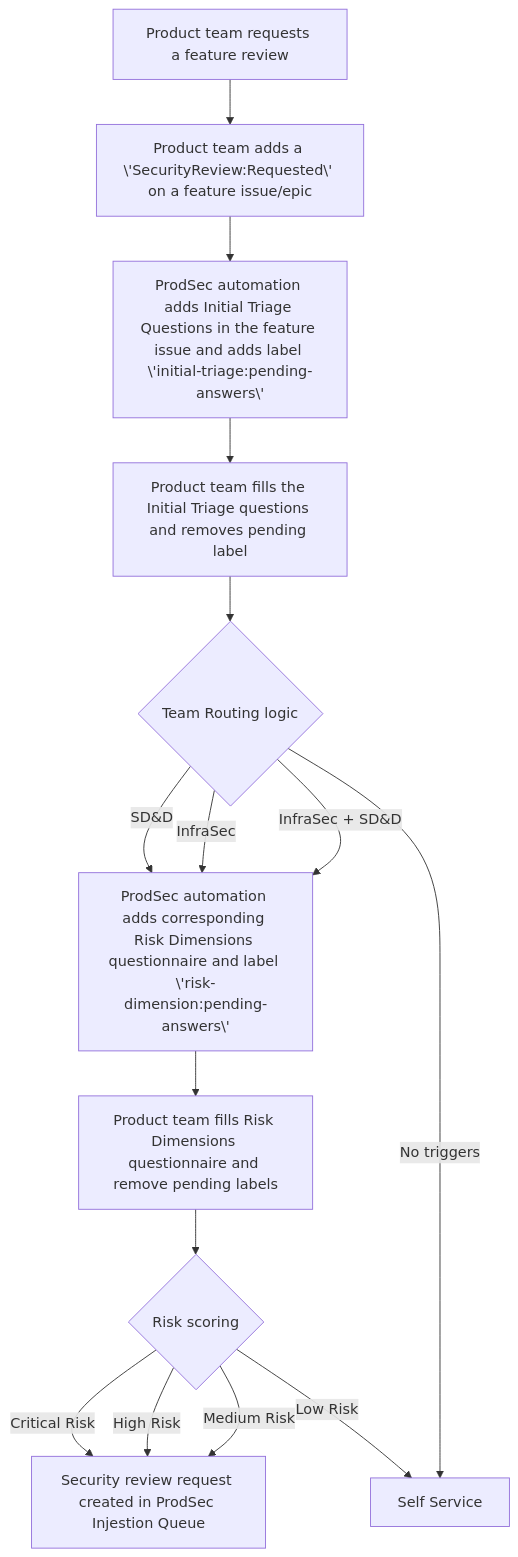
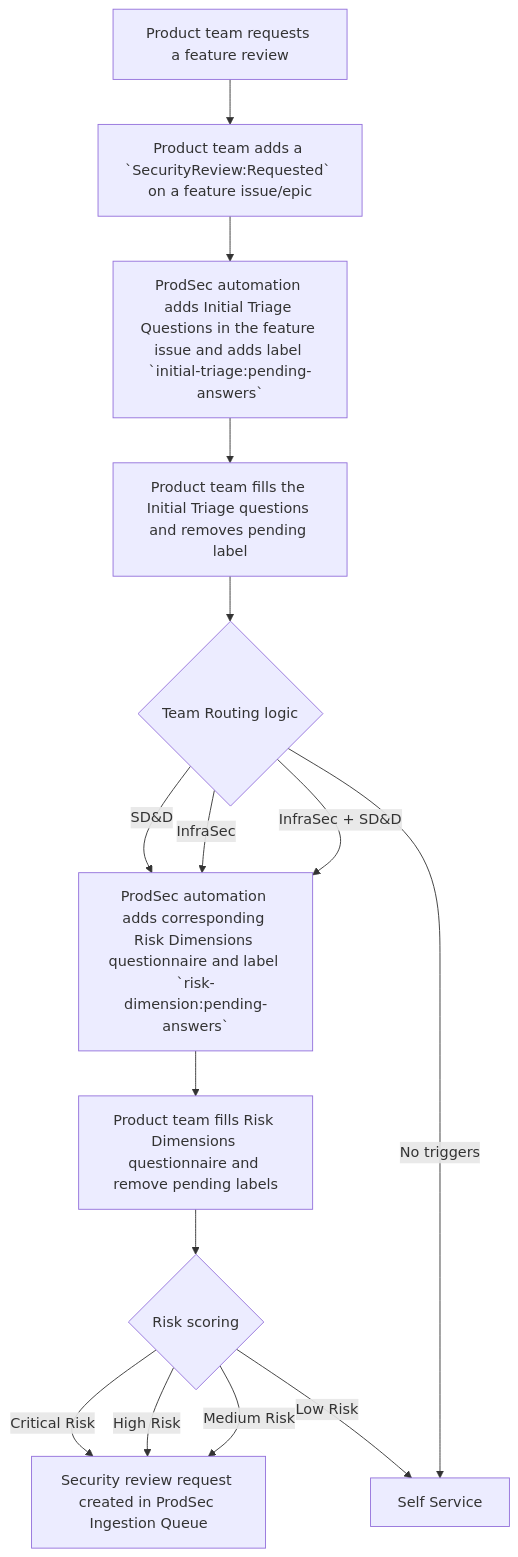
Before and after one commit to zalyoung/gitlab-handbook: the diagram in content/handbook/security/product-security/security-review-framework.md, drawn with Mermaid. The commit also changed other lines of this file, not shown here.

````diff
--- a/content/handbook/security/product-security/security-review-framework.md
+++ b/content/handbook/security/product-security/security-review-framework.md
@@ -301,18 +323,18 @@
 ```mermaid
 flowchart TD
 
-    A[Product team requests a feature review] -->B[Product team adds a \'SecurityReview:Requested\' on a feature issue/epic]
-    B --> C[ProdSec automation adds Initial Triage Questions in the feature issue and adds label \'initial-triage:pending-answers\']
+    A[Product team requests a feature review] -->B[Product team adds a `SecurityReview:Requested` on a feature issue/epic]
+    B --> C[ProdSec automation adds Initial Triage Questions in the feature issue and adds label `initial-triage:pending-answers`]
     C --> D[Product team fills the Initial Triage questions and removes pending label]
     D --> F{Team Routing logic}
-    F --> |SD&D| G[ProdSec automation adds Risk Dimensions questionnaire ']
+    F --> |SD&D| G[ProdSec automation adds Risk Dimensions questionnaire']
     F --> |InfraSec| G[ProdSec automation adds Risk Dimensions questionnaire]
-    F --> |InfraSec + SD&D | G[ProdSec automation adds corresponding Risk Dimensions questionnaire and label \'risk-dimension:pending-answers\']
+    F --> |InfraSec + SD&D | G[ProdSec automation adds corresponding Risk Dimensions questionnaire and label `risk-dimension:pending-answers`]
     G --> I[Product team fills Risk Dimensions questionnaire and remove pending labels]
     I --> J{Risk scoring}
-    J --> |Critical Risk| K[Security review request created in ProdSec Injestion Queue]
-    J --> |High Risk| K[Security review request created in ProdSec Injestion Queue]
-    J --> |Medium Risk| K[Security review request created in ProdSec Injestion Queue]
+    J --> |Critical Risk| K[Security review request created in ProdSec Ingestion Queue]
+    J --> |High Risk| K[Security review request created in ProdSec Ingestion Queue]
+    J --> |Medium Risk| K[Security review request created in ProdSec Ingestion Queue]
     J --> |Low Risk| L[Self Service]
     F --> |No triggers| L
 ```
````
